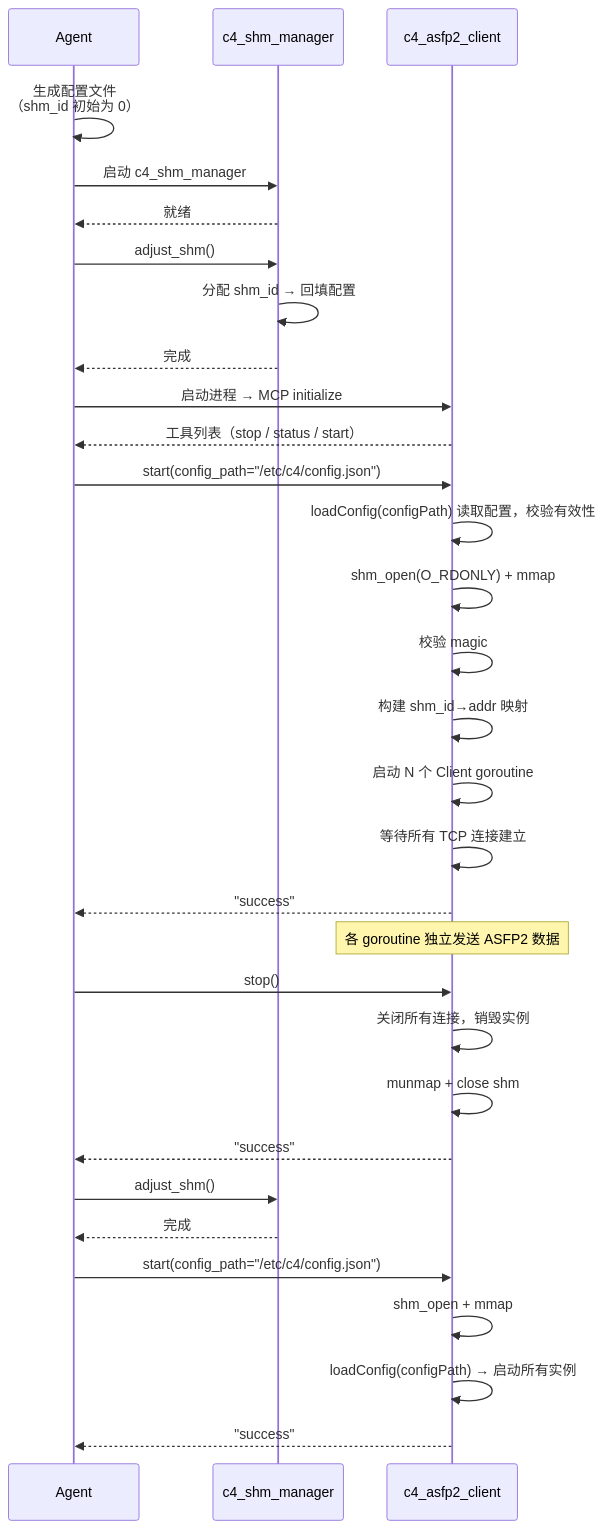
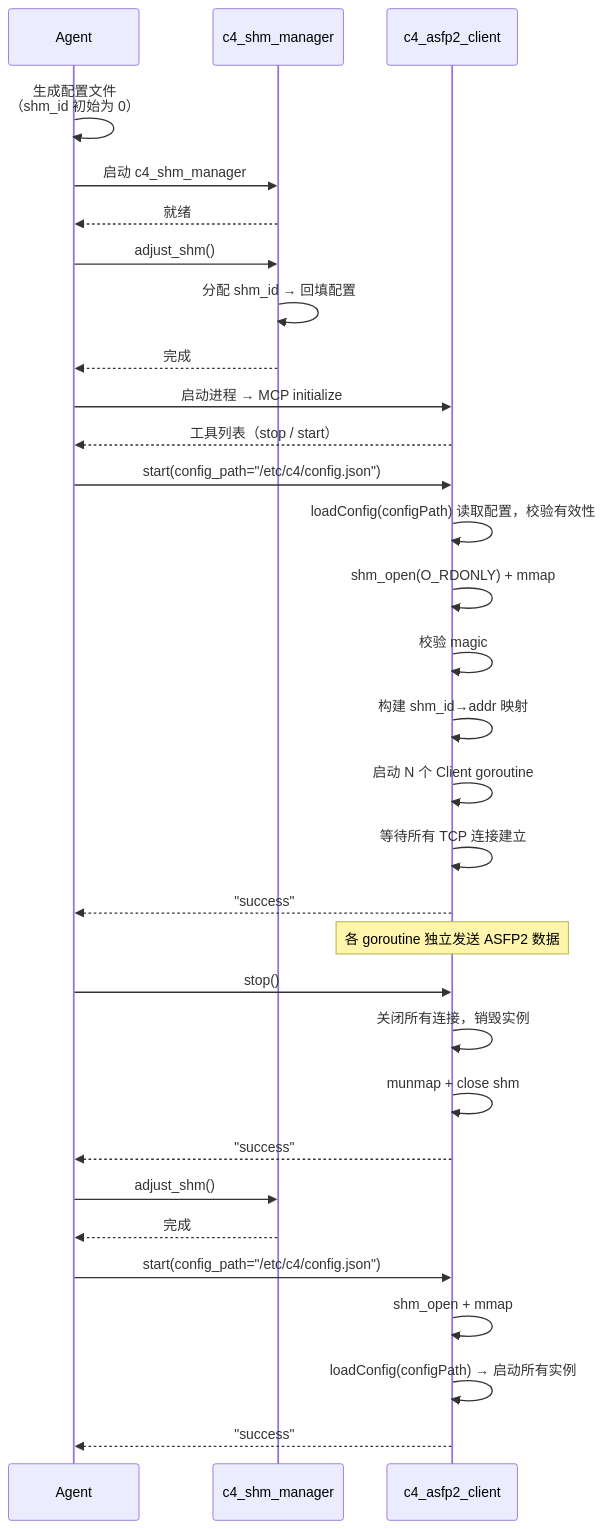
One commit to activesys/c4 changed the second of 3 diagrams in docs/design/c4_asfp2_client.md. Above: the diagram before and after it, drawn with Mermaid. The commit also changed other lines of this file and 8 other files, not shown here.

````diff
--- a/docs/design/c4_asfp2_client.md
+++ b/docs/design/c4_asfp2_client.md
@@ -221,38 +221,38 @@
 ```mermaid
 sequenceDiagram
     participant A as Agent
     participant SM as c4_shm_manager
     participant C as c4_asfp2_client
 
     A->>A: 生成配置文件<br/>（shm_id 初始为 0）
     A->>SM: 启动 c4_shm_manager
     SM-->>A: 就绪
     A->>SM: adjust_shm()
     SM->>SM: 分配 shm_id → 回填配置
     SM-->>A: 完成
 
     A->>C: 启动进程 → MCP initialize
-    C-->>A: 工具列表（stop / status / start）
+    C-->>A: 工具列表（stop / start）
 
     A->>C: start(config_path="/etc/c4/config.json")
     C->>C: loadConfig(configPath) 读取配置，校验有效性
     C->>C: shm_open(O_RDONLY) + mmap
     C->>C: 校验 magic
     C->>C: 构建 shm_id→addr 映射
     C->>C: 启动 N 个 Client goroutine
     C->>C: 等待所有 TCP 连接建立
     C-->>A: "success"
 
     Note over C: 各 goroutine 独立发送 ASFP2 数据
 
     A->>C: stop()
     C->>C: 关闭所有连接，销毁实例
     C->>C: munmap + close shm
     C-->>A: "success"
     A->>SM: adjust_shm()
     SM-->>A: 完成
     A->>C: start(config_path="/etc/c4/config.json")
     C->>C: shm_open + mmap
     C->>C: loadConfig(configPath) → 启动所有实例
     C-->>A: "success"
 ```
````
